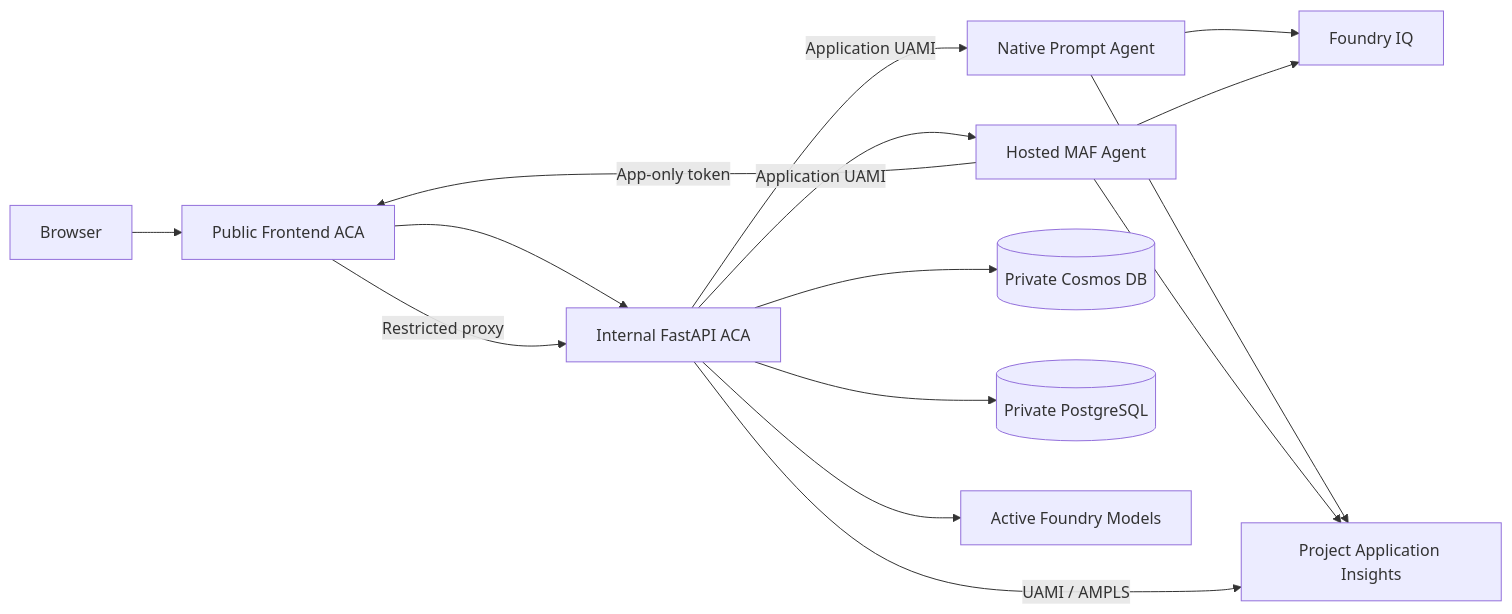
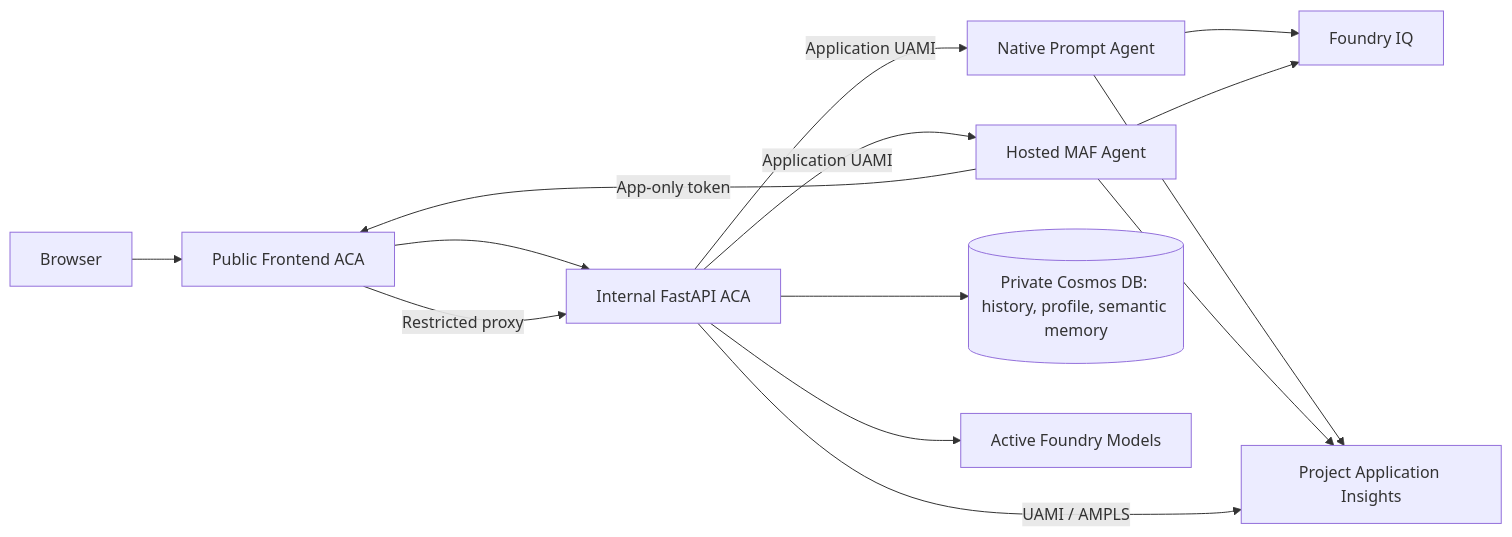
Before and after one commit to michalmar/agent-memory-rag: the diagram in README.md, drawn with Mermaid. The commit also changed other lines of this file and 27 other files, not shown here.

````diff
--- a/README.md
+++ b/README.md
@@ -23,17 +23,16 @@
 ```mermaid
 flowchart LR
     U[Browser] --> F[Public Frontend ACA]
     F --> B[Internal FastAPI ACA]
     B -->|Application UAMI| P[Native Prompt Agent]
     B -->|Application UAMI| H[Hosted MAF Agent]
     P --> IQ[Foundry IQ]
     H --> IQ
     H -->|App-only token| F
     F -->|Restricted proxy| B
-    B --> C[(Private Cosmos DB)]
-    B --> PG[(Private PostgreSQL)]
+    B --> C[(Private Cosmos DB: history, profile, semantic memory)]
     B --> M[Active Foundry Models]
     P --> O[Project Application Insights]
     H --> O
     B -->|UAMI / AMPLS| O
 ```
````
